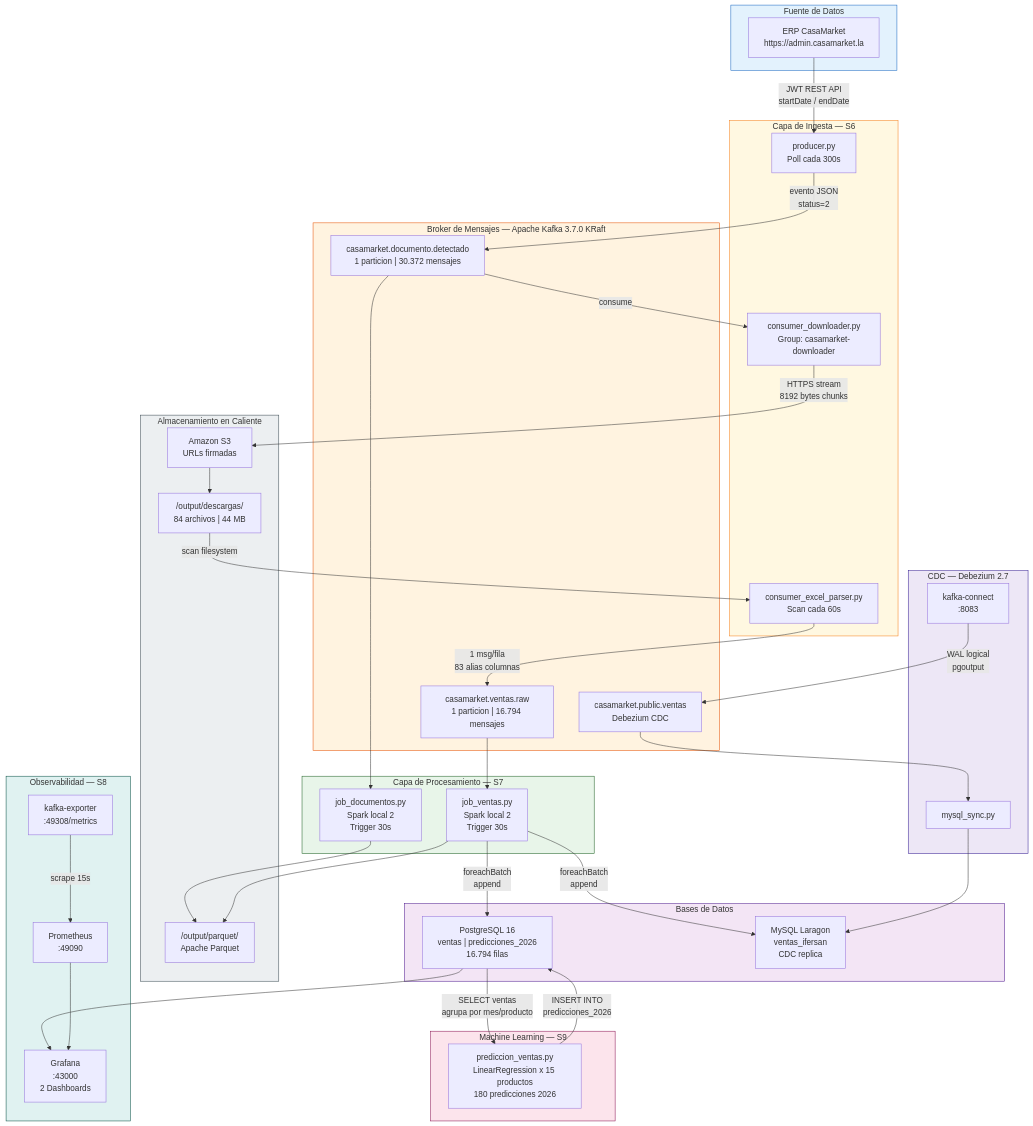
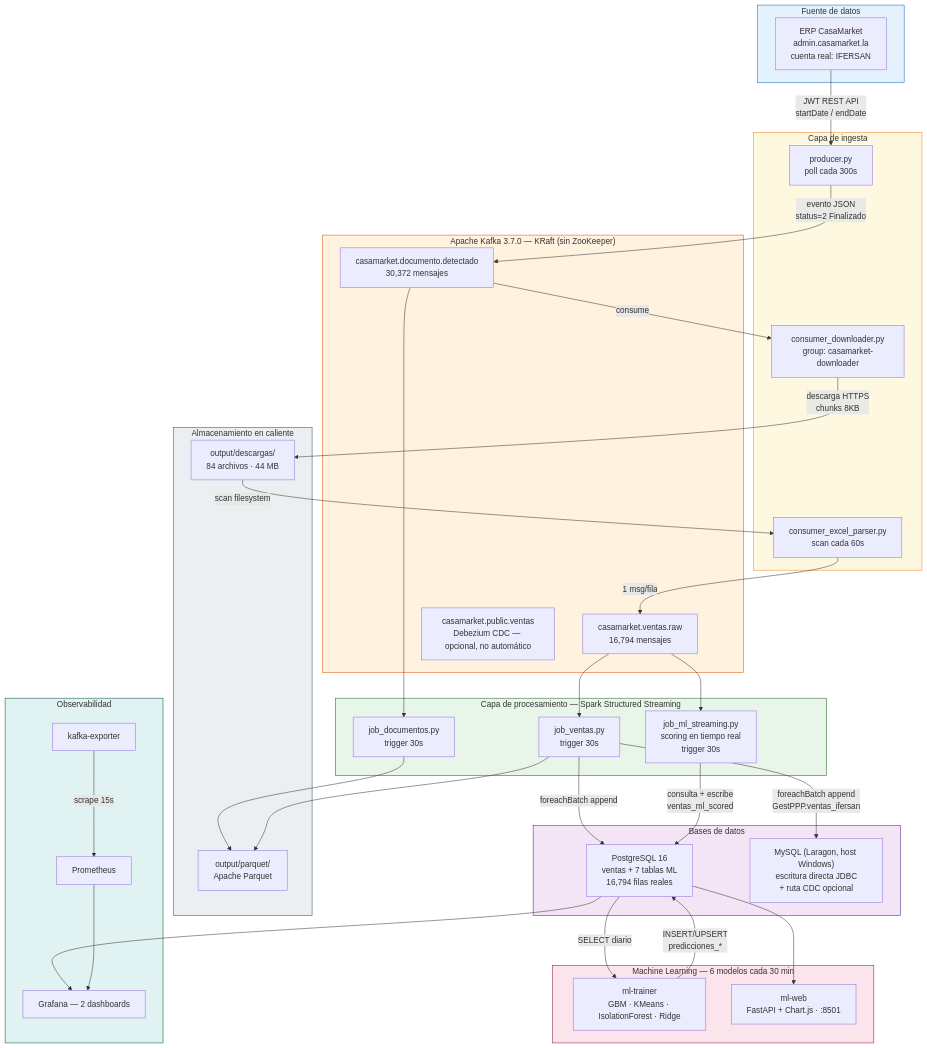
One commit to AlessandroPastor/BigData changed the first of 2 diagrams in docs/arquitectura/index.md. Above: the diagram before and after it, drawn with Mermaid. The commit also changed other lines of this file and 28 other files, not shown here.

````diff
--- a/docs/arquitectura/index.md
+++ b/docs/arquitectura/index.md
@@ -7,76 +7,71 @@
 ```mermaid
 flowchart TD
-    subgraph FUENTE["Fuente de Datos"]
-        ERP["ERP CasaMarket\nhttps://admin.casamarket.la"]
+    subgraph FUENTE["Fuente de datos"]
+        ERP["ERP CasaMarket\nadmin.casamarket.la\ncuenta real: IFERSAN"]
     end
 
-    subgraph INGESTA["Capa de Ingesta — S6"]
-        PROD["producer.py\nPoll cada 300s"]
-        DL["consumer_downloader.py\nGroup: casamarket-downloader"]
-        PARSE["consumer_excel_parser.py\nScan cada 60s"]
+    subgraph INGESTA["Capa de ingesta"]
+        PROD["producer.py\npoll cada 300s"]
+        DL["consumer_downloader.py\ngroup: casamarket-downloader"]
+        PARSE["consumer_excel_parser.py\nscan cada 60s"]
     end
 
-    subgraph BROKER["Broker de Mensajes — Apache Kafka 3.7.0 KRaft"]
-        T1["casamarket.documento.detectado\n1 particion | 30.372 mensajes"]
-        T2["casamarket.ventas.raw\n1 particion | 16.794 mensajes"]
-        T3["casamarket.public.ventas\nDebezium CDC"]
+    subgraph BROKER["Apache Kafka 3.7.0 — KRaft (sin ZooKeeper)"]
+        T1["casamarket.documento.detectado\n30,372 mensajes"]
+        T2["casamarket.ventas.raw\n16,794 mensajes"]
+        T3["casamarket.public.ventas\nDebezium CDC — opcional, no automático"]
     end
 
-    subgraph STORAGE["Almacenamiento en Caliente"]
-        S3["Amazon S3\nURLs firmadas"]
-        FILES["/output/descargas/\n84 archivos | 44 MB"]
-        PARQUET["/output/parquet/\nApache Parquet"]
+    subgraph STORAGE["Almacenamiento en caliente"]
+        FILES["output/descargas/\n84 archivos · 44 MB"]
+        PARQUET["output/parquet/\nApache Parquet"]
     end
 
-    subgraph PROCESAMIENTO["Capa de Procesamiento — S7"]
-        SP1["job_documentos.py\nSpark local 2\nTrigger 30s"]
-        SP2["job_ventas.py\nSpark local 2\nTrigger 30s"]
+    subgraph PROCESAMIENTO["Capa de procesamiento — Spark Structured Streaming"]
+        SP1["job_documentos.py\ntrigger 30s"]
+        SP2["job_ventas.py\ntrigger 30s"]
+        SP3["job_ml_streaming.py\nscoring en tiempo real\ntrigger 30s"]
     end
 
-    subgraph BASES["Bases de Datos"]
-        PG["PostgreSQL 16\nventas | predicciones_2026\n16.794 filas"]
-        MY["MySQL Laragon\nventas_ifersan\nCDC replica"]
+    subgraph BASES["Bases de datos"]
+        PG["PostgreSQL 16\nventas + 7 tablas ML\n16,794 filas reales"]
+        MY["MySQL (Laragon, host Windows)\nescritura directa JDBC\n+ ruta CDC opcional"]
     end
 
-    subgraph ML_LAYER["Machine Learning — S9"]
-        ML["prediccion_ventas.py\nLinearRegression x 15 productos\n180 predicciones 2026"]
+    subgraph ML_LAYER["Machine Learning — 6 modelos cada 30 min"]
+        MLT["ml-trainer\nGBM · KMeans · IsolationForest · Ridge"]
+        MLW["ml-web\nFastAPI + Chart.js · :8501"]
     end
 
-    subgraph OBS["Observabilidad — S8"]
-        EXP["kafka-exporter\n:49308/metrics"]
-        PROM["Prometheus\n:49090"]
-        GF["Grafana\n:43000\n2 Dashboards"]
-    end
-
-    subgraph CDC["CDC — Debezium 2.7"]
-        KC["kafka-connect\n:8083"]
-        MYSQL_SYNC["mysql_sync.py"]
+    subgraph OBS["Observabilidad"]
+        EXP["kafka-exporter"]
+        PROM["Prometheus"]
+        GF["Grafana — 2 dashboards"]
     end
 
     ERP -->|"JWT REST API\nstartDate / endDate"| PROD
-    PROD -->|"evento JSON\nstatus=2"| T1
+    PROD -->|"evento JSON\nstatus=2 Finalizado"| T1
     T1 -->|"consume"| DL
-    DL -->|"HTTPS stream\n8192 bytes chunks"| S3
-    S3 --> FILES
+    DL -->|"descarga HTTPS\nchunks 8KB"| FILES
     FILES -->|"scan filesystem"| PARSE
-    PARSE -->|"1 msg/fila\n83 alias columnas"| T2
+    PARSE -->|"1 msg/fila"| T2
 
     T1 --> SP1
     SP1 --> PARQUET
+    T2 --> SP2
+    T2 --> SP3
+    SP2 -->|"foreachBatch append"| PG
+    SP2 -->|"foreachBatch append\nGestPPP.ventas_ifersan"| MY
     SP2 --> PARQUET
-    T2 --> SP2
-    SP2 -->|"foreachBatch\nappend"| PG
-    SP2 -->|"foreachBatch\nappend"| MY
+    SP3 -->|"consulta + escribe\nventas_ml_scored"| PG
 
-    PG -->|"SELECT ventas\nagrupa por mes/producto"| ML
-    ML -->|"INSERT INTO\npredicciones_2026"| PG
+    PG -->|"SELECT diario"| MLT
+    MLT -->|"INSERT/UPSERT\npredicciones_*"| PG
+    PG --> MLW
     PG --> GF
 
     EXP -->|"scrape 15s"| PROM
     PROM --> GF
-    KC -->|"WAL logical\npgoutput"| T3
-    T3 --> MYSQL_SYNC
-    MYSQL_SYNC --> MY
 
     style FUENTE fill:#E3F2FD,stroke:#1565C0
     style INGESTA fill:#FFF8E1,stroke:#F57F17
@@ -85,6 +80,5 @@
     style BASES fill:#F3E5F5,stroke:#4A148C
     style ML_LAYER fill:#FCE4EC,stroke:#880E4F
     style OBS fill:#E0F2F1,stroke:#004D40
-    style CDC fill:#EDE7F6,stroke:#311B92
     style STORAGE fill:#ECEFF1,stroke:#37474F
 ```
````
